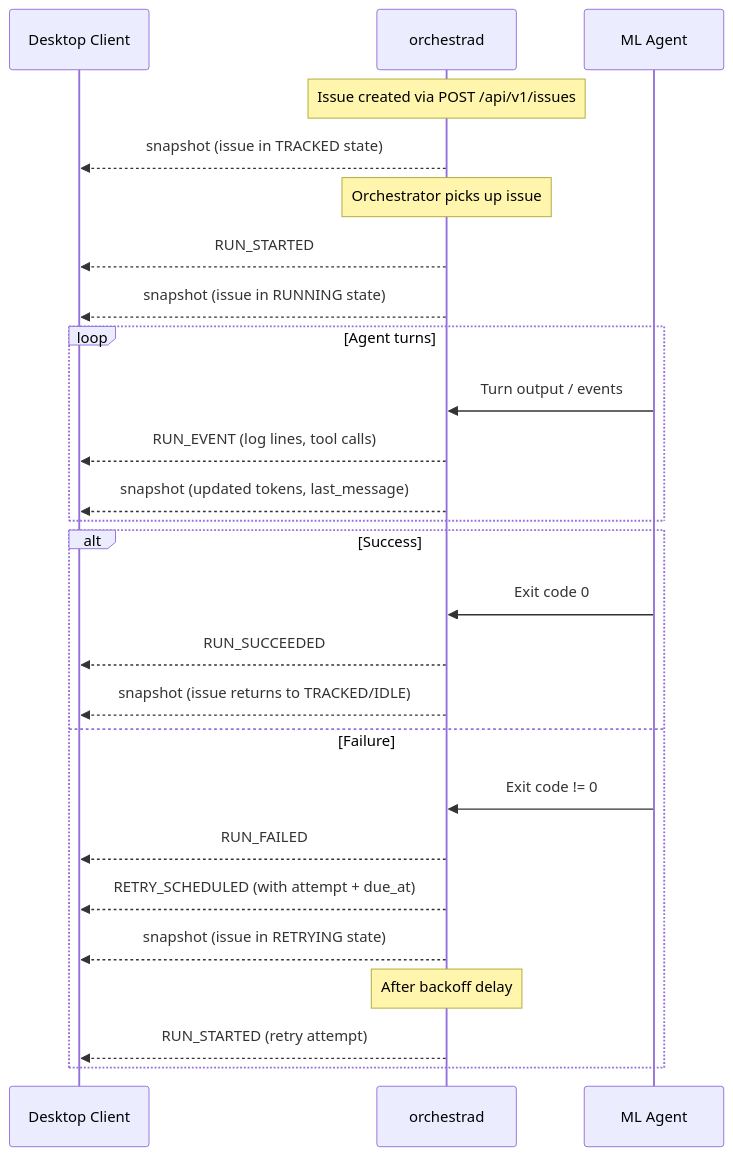
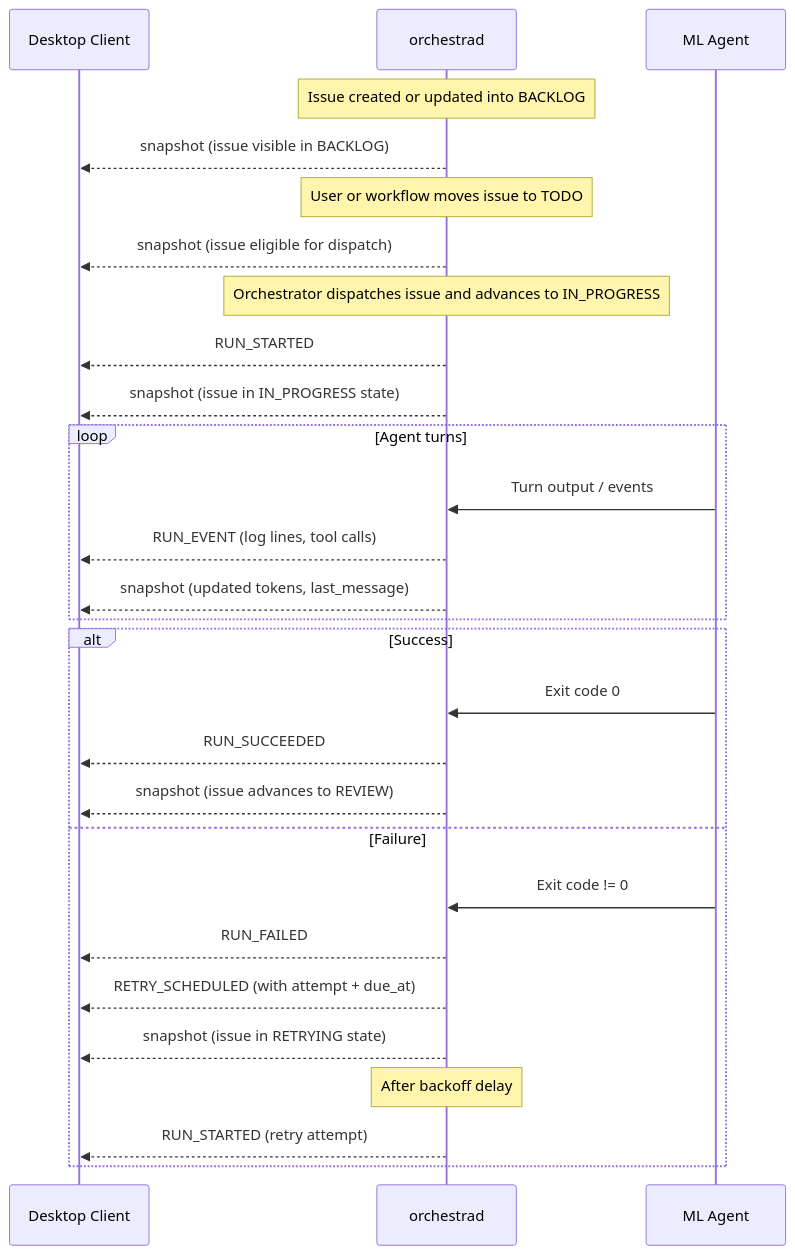
The third of 3 diagrams in docs/api/sse-events.md (bradAGI/Orchestra), drawn with Mermaid before and after one commit. The commit also changed 1 other file, not shown here.

Commit message:
docs(audit): fix lifecycle and agent provider drift

````diff
--- a/docs/api/sse-events.md
+++ b/docs/api/sse-events.md
@@ -193,32 +193,35 @@
 ```mermaid
 sequenceDiagram
     participant UI as Desktop Client
     participant API as orchestrad
     participant Agent as ML Agent
 
-    Note over API: Issue created via POST /api/v1/issues
-    API-->>UI: snapshot (issue in TRACKED state)
+    Note over API: Issue created or updated into BACKLOG
+    API-->>UI: snapshot (issue visible in BACKLOG)
 
-    Note over API: Orchestrator picks up issue
+    Note over API: User or workflow moves issue to TODO
+    API-->>UI: snapshot (issue eligible for dispatch)
+
+    Note over API: Orchestrator dispatches issue and advances to IN_PROGRESS
     API-->>UI: RUN_STARTED
-    API-->>UI: snapshot (issue in RUNNING state)
+    API-->>UI: snapshot (issue in IN_PROGRESS state)
 
     loop Agent turns
         Agent->>API: Turn output / events
         API-->>UI: RUN_EVENT (log lines, tool calls)
         API-->>UI: snapshot (updated tokens, last_message)
     end
 
     alt Success
         Agent->>API: Exit code 0
         API-->>UI: RUN_SUCCEEDED
-        API-->>UI: snapshot (issue returns to TRACKED/IDLE)
+        API-->>UI: snapshot (issue advances to REVIEW)
     else Failure
         Agent->>API: Exit code != 0
         API-->>UI: RUN_FAILED
         API-->>UI: RETRY_SCHEDULED (with attempt + due_at)
         API-->>UI: snapshot (issue in RETRYING state)
         Note over API: After backoff delay
         API-->>UI: RUN_STARTED (retry attempt)
     end
 ```
````
